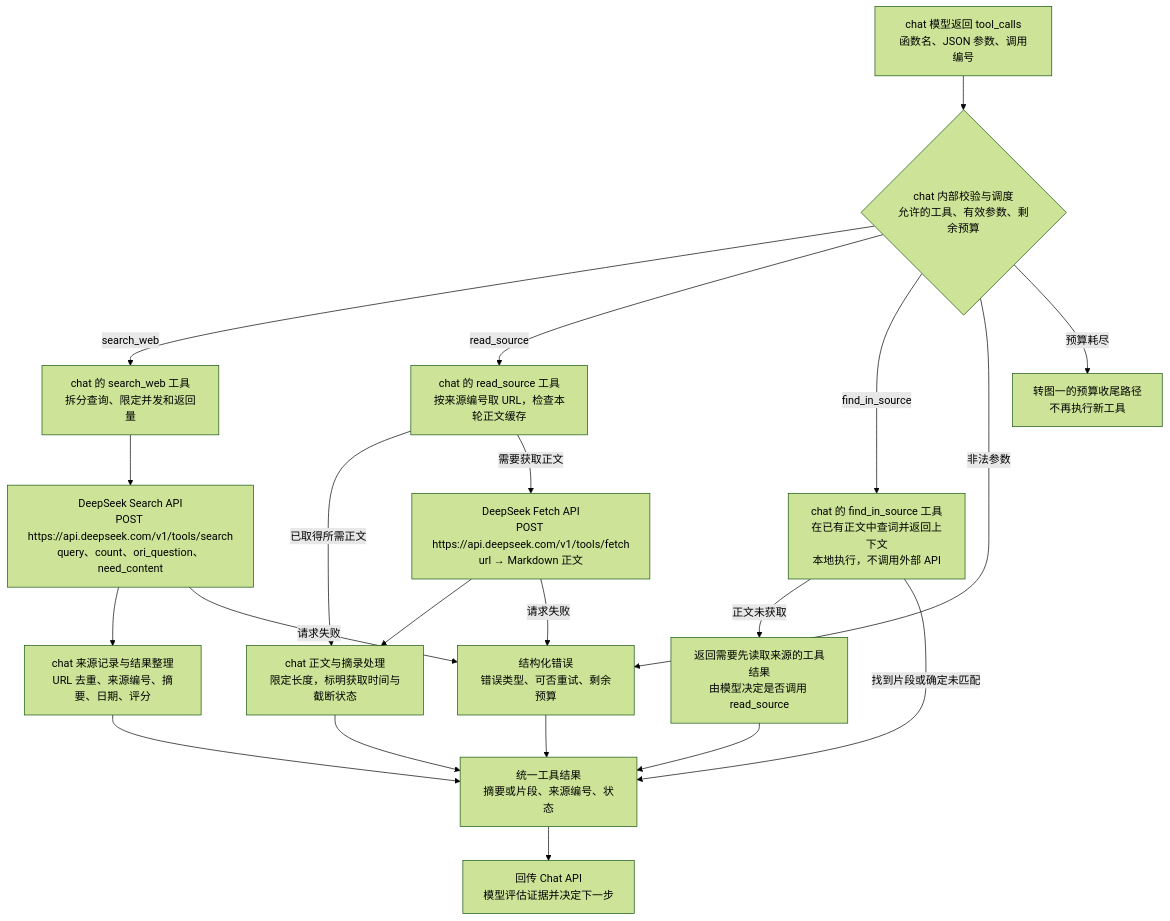
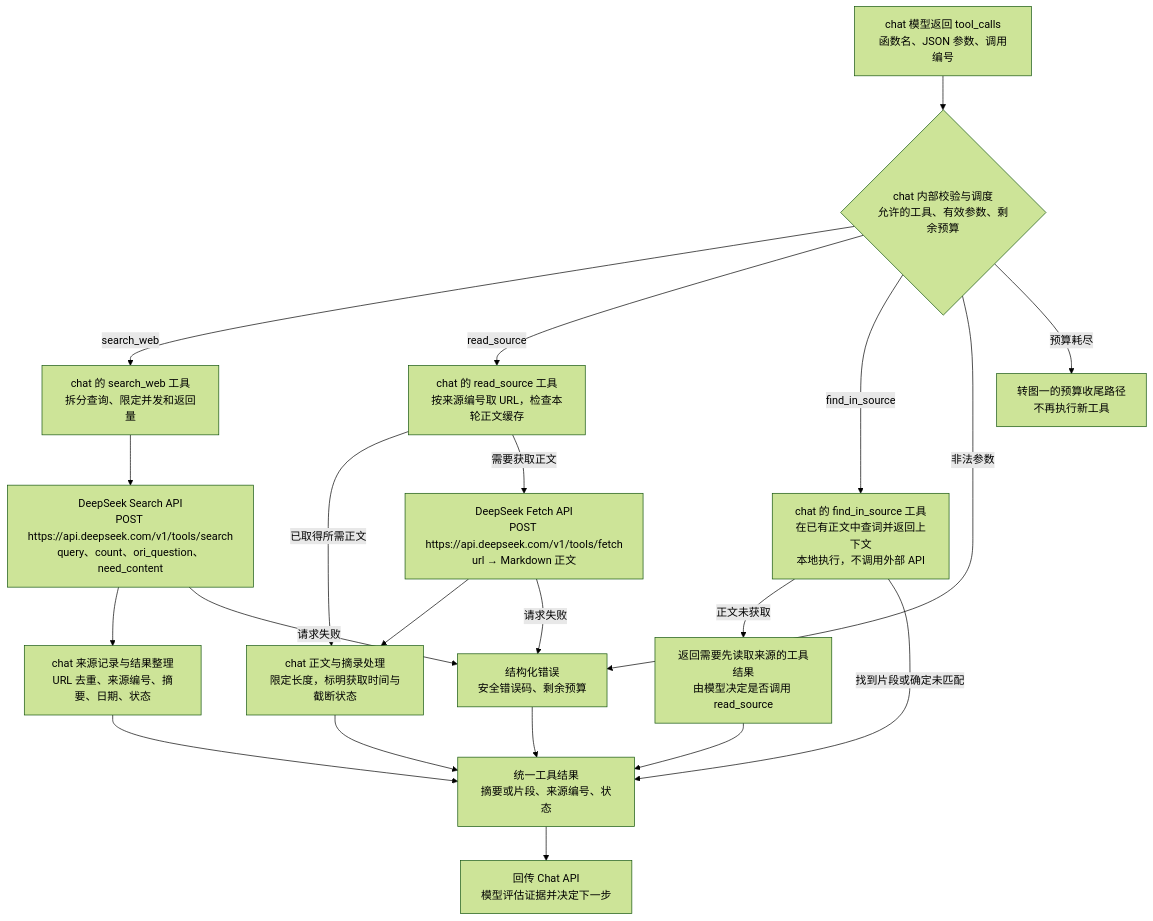
One commit to wtcbill/wechat-personal-bot changed the second of 2 diagrams in docs/Weave搜索问答方案讨论.md. Above: the diagram before and after it, drawn with Mermaid (forest theme). The commit also changed other lines of this file and 48 other files, not shown here.

````diff
--- a/docs/Weave搜索问答方案讨论.md
+++ b/docs/Weave搜索问答方案讨论.md
@@ -83,23 +97,23 @@
 ```mermaid
 flowchart TD
     CALL["chat 模型返回 tool_calls<br/>函数名、JSON 参数、调用编号"] --> GUARD{"chat 内部校验与调度<br/>允许的工具、有效参数、剩余预算"}
     GUARD -->|"search_web"| SEARCH["chat 的 search_web 工具<br/>拆分查询、限定并发和返回量"]
     SEARCH --> DSSEARCH["DeepSeek Search API<br/>POST https://api.deepseek.com/v1/tools/search<br/>query、count、ori_question、need_content"]
-    DSSEARCH --> SOURCES["chat 来源记录与结果整理<br/>URL 去重、来源编号、摘要、日期、评分"]
+    DSSEARCH --> SOURCES["chat 来源记录与结果整理<br/>URL 去重、来源编号、摘要、日期、状态"]
     GUARD -->|"read_source"| READ["chat 的 read_source 工具<br/>按来源编号取 URL，检查本轮正文缓存"]
     READ -->|"已取得所需正文"| BODY["chat 正文与摘录处理<br/>限定长度，标明获取时间与截断状态"]
     READ -->|"需要获取正文"| DSFETCH["DeepSeek Fetch API<br/>POST https://api.deepseek.com/v1/tools/fetch<br/>url → Markdown 正文"]
     DSFETCH --> BODY
     GUARD -->|"find_in_source"| FIND["chat 的 find_in_source 工具<br/>在已有正文中查词并返回上下文<br/>本地执行，不调用外部 API"]
     FIND -->|"正文未获取"| MISSING["返回需要先读取来源的工具结果<br/>由模型决定是否调用 read_source"]
-    GUARD -->|"非法参数"| ERROR["结构化错误<br/>错误类型、可否重试、剩余预算"]
+    GUARD -->|"非法参数"| ERROR["结构化错误<br/>安全错误码、剩余预算"]
     GUARD -->|"预算耗尽"| STOP["转图一的预算收尾路径<br/>不再执行新工具"]
     DSSEARCH -->|"请求失败"| ERROR
     DSFETCH -->|"请求失败"| ERROR
     SOURCES --> OUT["统一工具结果<br/>摘要或片段、来源编号、状态"]
     BODY --> OUT
     FIND -->|"找到片段或确定未匹配"| OUT
     MISSING --> OUT
     ERROR --> OUT
     OUT --> CONTINUE["回传 Chat API<br/>模型评估证据并决定下一步"]
 ```
````
